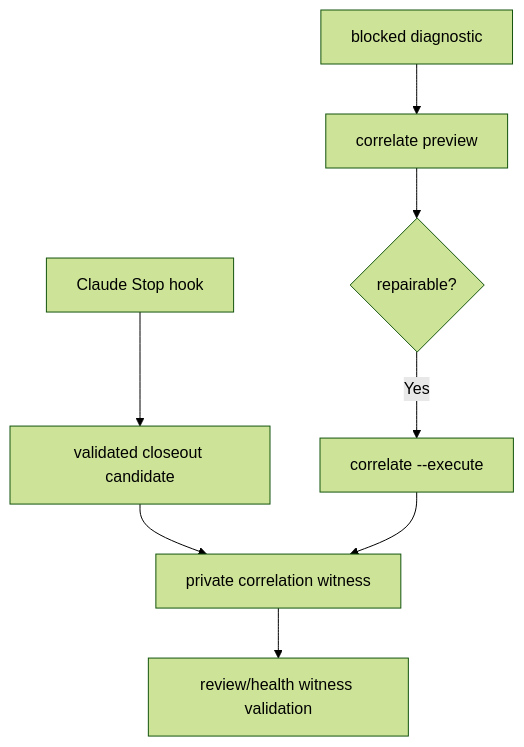
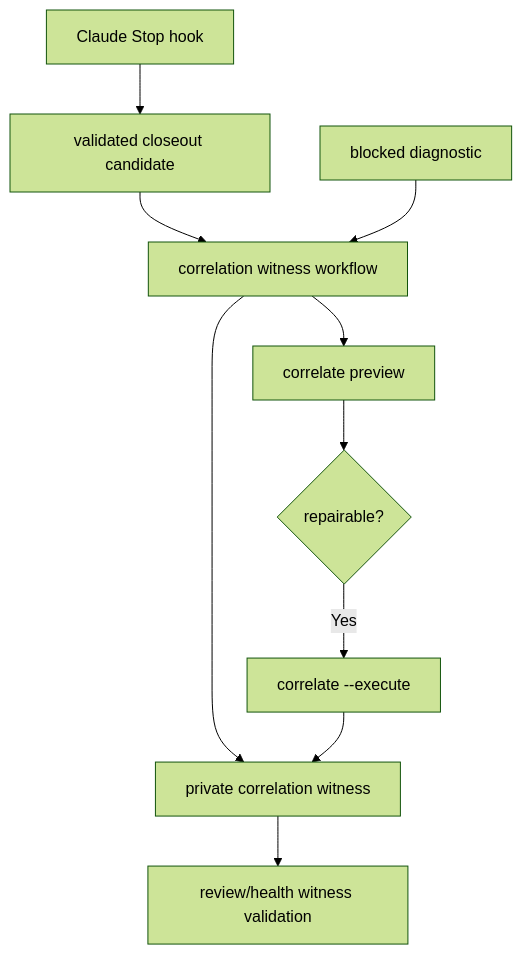
The fourth of 5 diagrams in skills/skill-feedback/ARCHITECTURE.md (nathanvale/claude-code-config), drawn with Mermaid (forest theme) before and after one commit. The commit also changed other lines of this file and 22 other files, not shown here.

````diff
--- a/skills/skill-feedback/ARCHITECTURE.md
+++ b/skills/skill-feedback/ARCHITECTURE.md
@@ -139,10 +173,12 @@
 ```mermaid
 flowchart TD
   StopHook["Claude Stop hook"] --> Candidate["validated closeout candidate"]
-  Candidate --> Witness["private correlation witness"]
+  Candidate --> Workflow["correlation witness workflow"]
+  Workflow --> Witness["private correlation witness"]
   Witness --> InboxRead["review/health witness validation"]
-  Diagnostic["blocked diagnostic"] --> Preview["correlate preview"]
+  Diagnostic["blocked diagnostic"] --> Workflow
+  Workflow --> Preview["correlate preview"]
   Preview --> Repairable{"repairable?"}
   Repairable -- "Yes" --> Execute["correlate --execute"]
   Execute --> Witness
 ```
````
